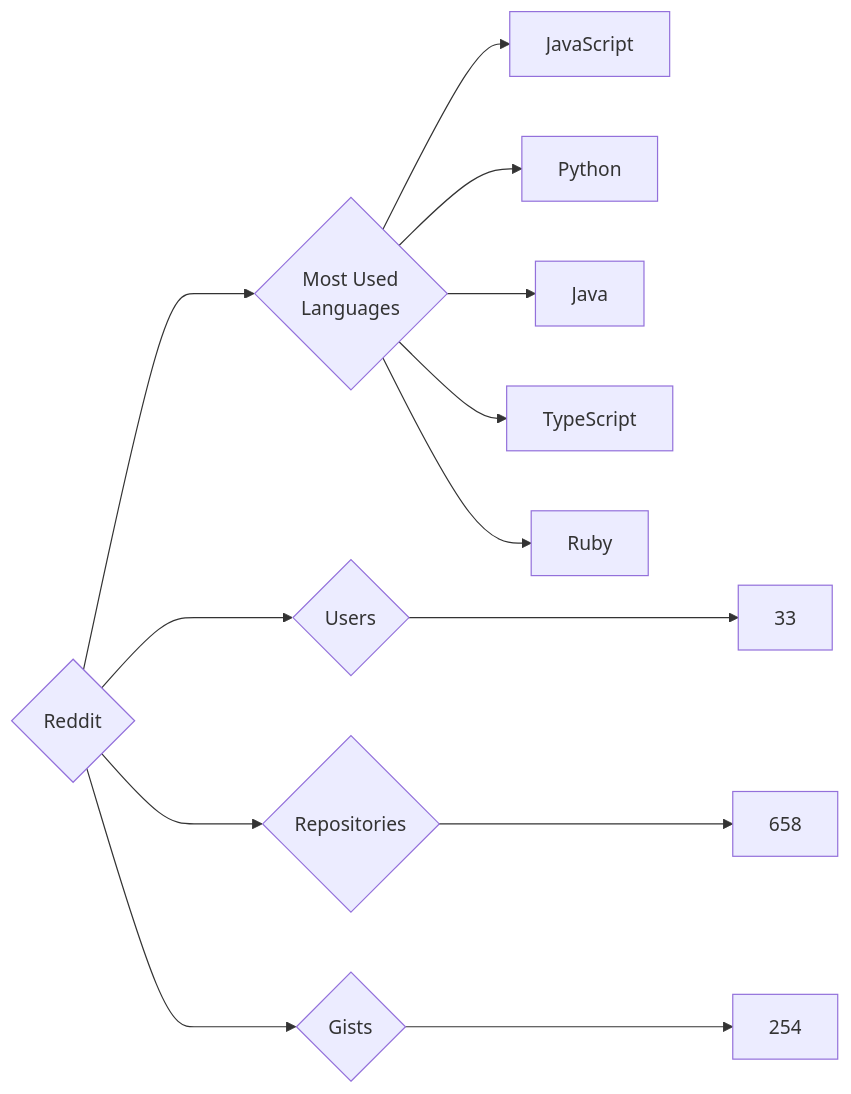
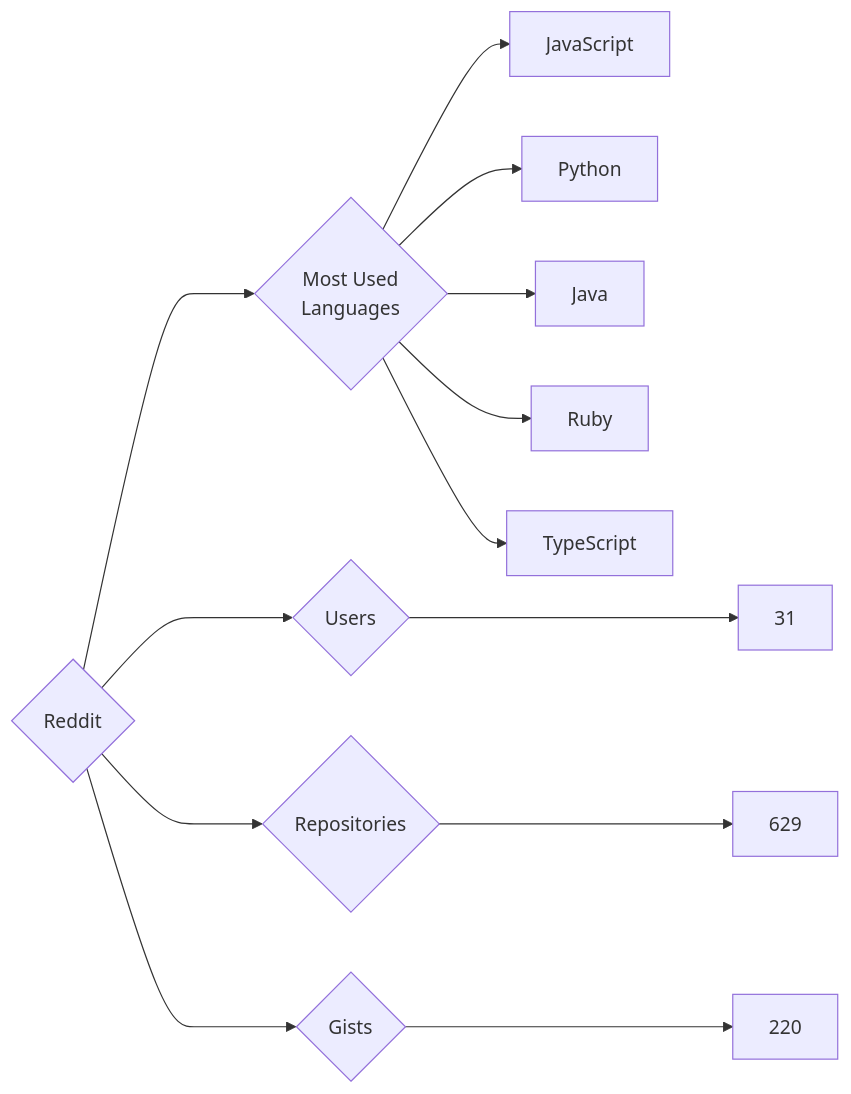
Before and after one commit to trickest/insiders: the diagram in targets/Reddit/README.md, drawn with Mermaid. The commit also changed 799 other files, not shown here.

````diff
--- a/targets/Reddit/README.md
+++ b/targets/Reddit/README.md
@@ -3,13 +3,13 @@
 ```mermaid
 graph LR
 COMPANY_NAME{Reddit}
-COMPANY_NAME ---> U{Users} ---> UN[33]
-COMPANY_NAME ---> R{Repositories} ---> RN[658]
-COMPANY_NAME ---> G{Gists} ---> GN[254]
+COMPANY_NAME ---> U{Users} ---> UN[31]
+COMPANY_NAME ---> R{Repositories} ---> RN[629]
+COMPANY_NAME ---> G{Gists} ---> GN[220]
 COMPANY_NAME ---> ML{Most Used<br>Languages}
 ML --> JavaScript[JavaScript]
 ML --> Python[Python]
 ML --> Java[Java]
+ML --> Ruby[Ruby]
 ML --> TypeScript[TypeScript]
-ML --> Ruby[Ruby]
 ```
````
